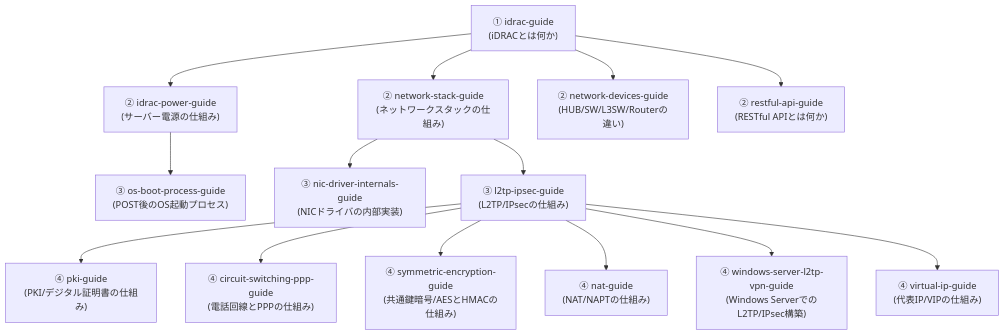
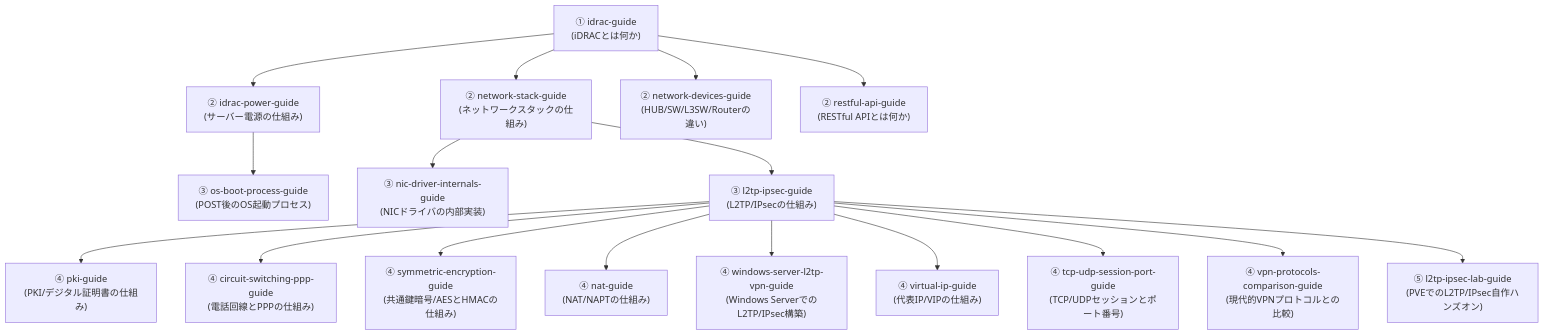
Before and after one commit to koikoi1998/koikoi-blog-20260723: the diagram in src/pages/sitemap.md, drawn with Mermaid. The commit also changed other lines of this file and 17 other files, not shown here.

````diff
--- a/src/pages/sitemap.md
+++ b/src/pages/sitemap.md
@@ -22,31 +22,37 @@
 ```mermaid
 graph TB
     Idrac["① idrac-guide<br/>(iDRACとは何か)"]
     Power["② idrac-power-guide<br/>(サーバー電源の仕組み)"]
     Net["② network-stack-guide<br/>(ネットワークスタックの仕組み)"]
     Devices["② network-devices-guide<br/>(HUB/SW/L3SW/Routerの違い)"]
     Api["② restful-api-guide<br/>(RESTful APIとは何か)"]
     Boot["③ os-boot-process-guide<br/>(POST後のOS起動プロセス)"]
     Nic["③ nic-driver-internals-guide<br/>(NICドライバの内部実装)"]
     L2tp["③ l2tp-ipsec-guide<br/>(L2TP/IPsecの仕組み)"]
     Pki["④ pki-guide<br/>(PKI/デジタル証明書の仕組み)"]
     Circuit["④ circuit-switching-ppp-guide<br/>(電話回線とPPPの仕組み)"]
     Sym["④ symmetric-encryption-guide<br/>(共通鍵暗号/AESとHMACの仕組み)"]
     Nat["④ nat-guide<br/>(NAT/NAPTの仕組み)"]
     Winvpn["④ windows-server-l2tp-vpn-guide<br/>(Windows ServerでのL2TP/IPsec構築)"]
     Vip["④ virtual-ip-guide<br/>(代表IP/VIPの仕組み)"]
+    TcpUdp["④ tcp-udp-session-port-guide<br/>(TCP/UDPセッションとポート番号)"]
+    VpnCompare["④ vpn-protocols-comparison-guide<br/>(現代的VPNプロトコルとの比較)"]
+    L2tpLab["⑤ l2tp-ipsec-lab-guide<br/>(PVEでのL2TP/IPsec自作ハンズオン)"]
 
     Idrac --> Power
     Idrac --> Net
     Idrac --> Devices
     Idrac --> Api
     Power --> Boot
     Net --> Nic
     Net --> L2tp
     L2tp --> Pki
     L2tp --> Circuit
     L2tp --> Sym
     L2tp --> Nat
     L2tp --> Winvpn
     L2tp --> Vip
+    L2tp --> TcpUdp
+    L2tp --> VpnCompare
+    L2tp --> L2tpLab
 ```
````
